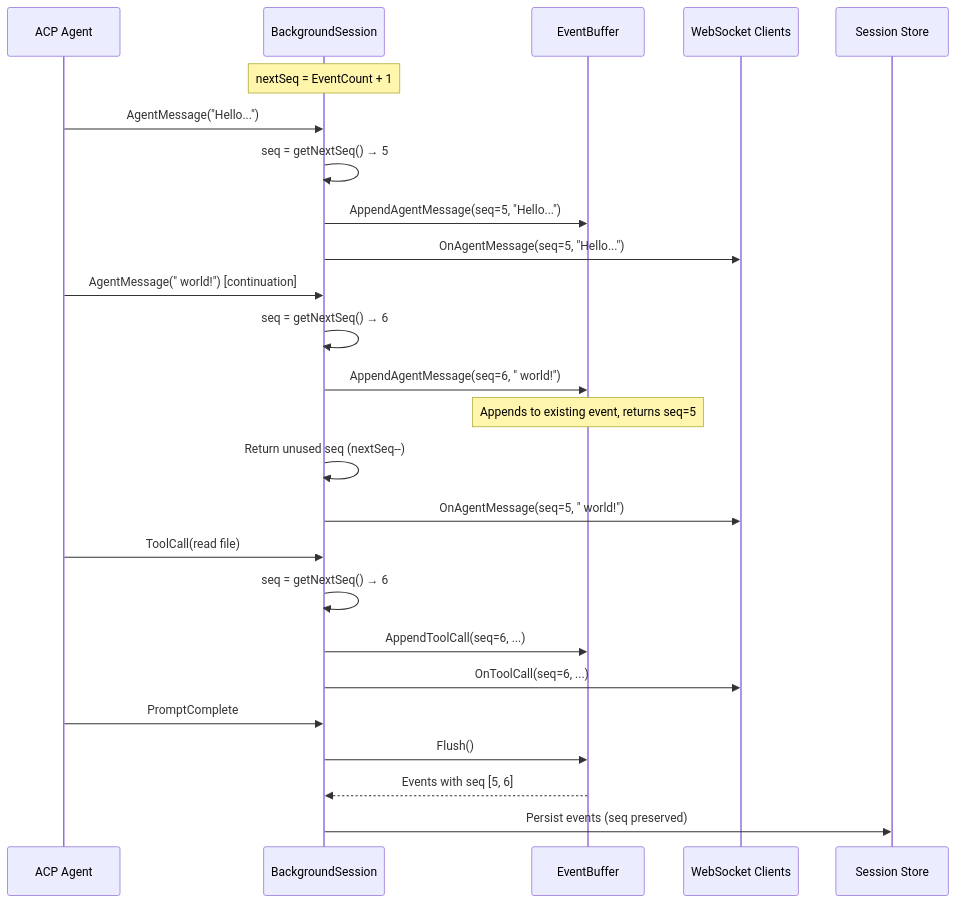
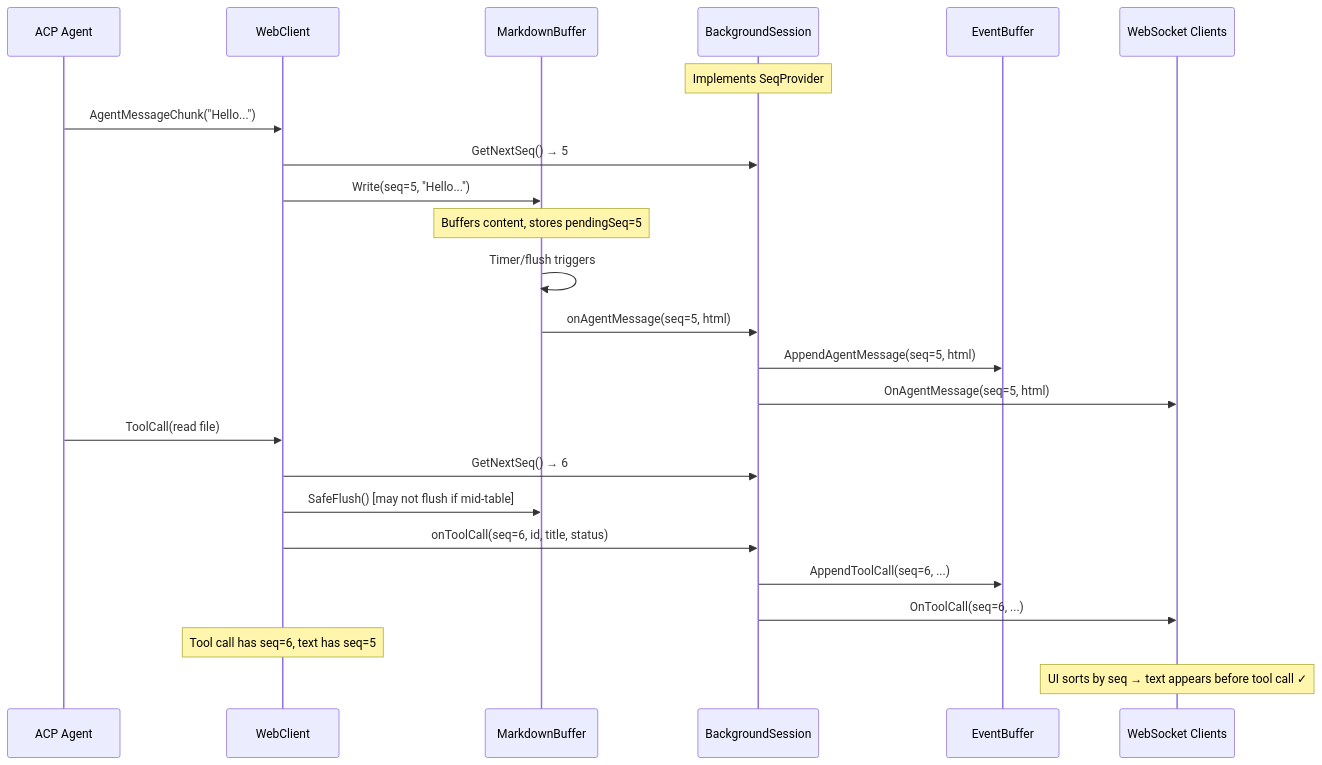
One commit to inercia/mitto changed the second of 6 diagrams in docs/devel/websocket-messaging.md. Above: the diagram before and after it, drawn with Mermaid. The commit also changed other lines of this file and 2 other files, not shown here.

Commit message:
docs: update architecture and websocket messaging documentation

````diff
--- a/docs/devel/websocket-messaging.md
+++ b/docs/devel/websocket-messaging.md
@@ -58,32 +77,30 @@
 ```mermaid
 sequenceDiagram
     participant ACP as ACP Agent
+    participant WC as WebClient
+    participant MD as MarkdownBuffer
     participant BS as BackgroundSession
     participant Buffer as EventBuffer
     participant WS as WebSocket Clients
-    participant Store as Session Store
 
-    Note over BS: nextSeq = EventCount + 1
+    Note over BS: Implements SeqProvider
 
-    ACP->>BS: AgentMessage("Hello...")
-    BS->>BS: seq = getNextSeq() → 5
-    BS->>Buffer: AppendAgentMessage(seq=5, "Hello...")
-    BS->>WS: OnAgentMessage(seq=5, "Hello...")
+    ACP->>WC: AgentMessageChunk("Hello...")
+    WC->>BS: GetNextSeq() → 5
+    WC->>MD: Write(seq=5, "Hello...")
+    Note over MD: Buffers content, stores pendingSeq=5
+    MD->>MD: Timer/flush triggers
+    MD->>BS: onAgentMessage(seq=5, html)
+    BS->>Buffer: AppendAgentMessage(seq=5, html)
+    BS->>WS: OnAgentMessage(seq=5, html)
 
-    ACP->>BS: AgentMessage(" world!") [continuation]
-    BS->>BS: seq = getNextSeq() → 6
-    BS->>Buffer: AppendAgentMessage(seq=6, " world!")
-    Note over Buffer: Appends to existing event, returns seq=5
-    BS->>BS: Return unused seq (nextSeq--)
-    BS->>WS: OnAgentMessage(seq=5, " world!")
-
-    ACP->>BS: ToolCall(read file)
-    BS->>BS: seq = getNextSeq() → 6
+    ACP->>WC: ToolCall(read file)
+    WC->>BS: GetNextSeq() → 6
+    WC->>MD: SafeFlush() [may not flush if mid-table]
+    WC->>BS: onToolCall(seq=6, id, title, status)
     BS->>Buffer: AppendToolCall(seq=6, ...)
     BS->>WS: OnToolCall(seq=6, ...)
 
-    ACP->>BS: PromptComplete
-    BS->>Buffer: Flush()
-    Buffer-->>BS: Events with seq [5, 6]
-    BS->>Store: Persist events (seq preserved)
+    Note over WC: Tool call has seq=6, text has seq=5
+    Note over WS: UI sorts by seq → text appears before tool call ✓
 ```
````
